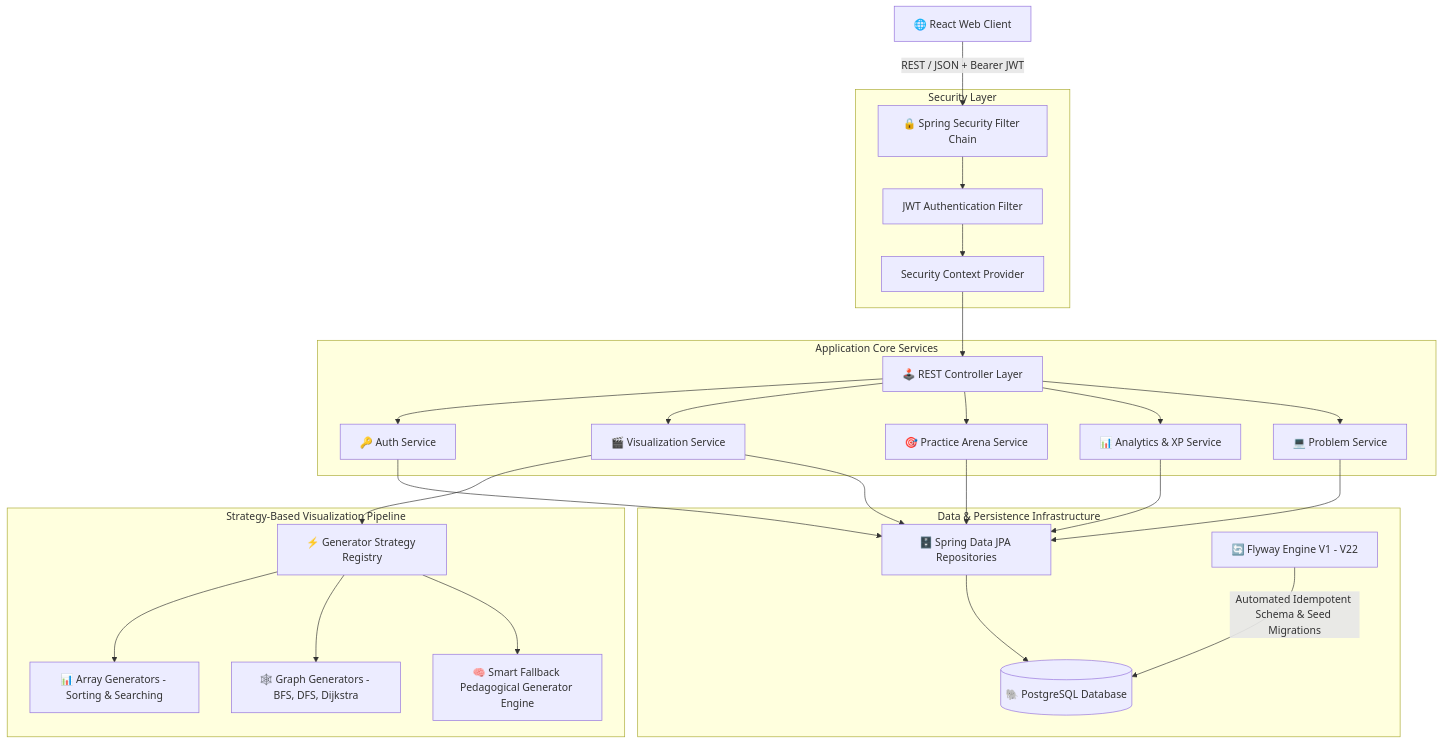
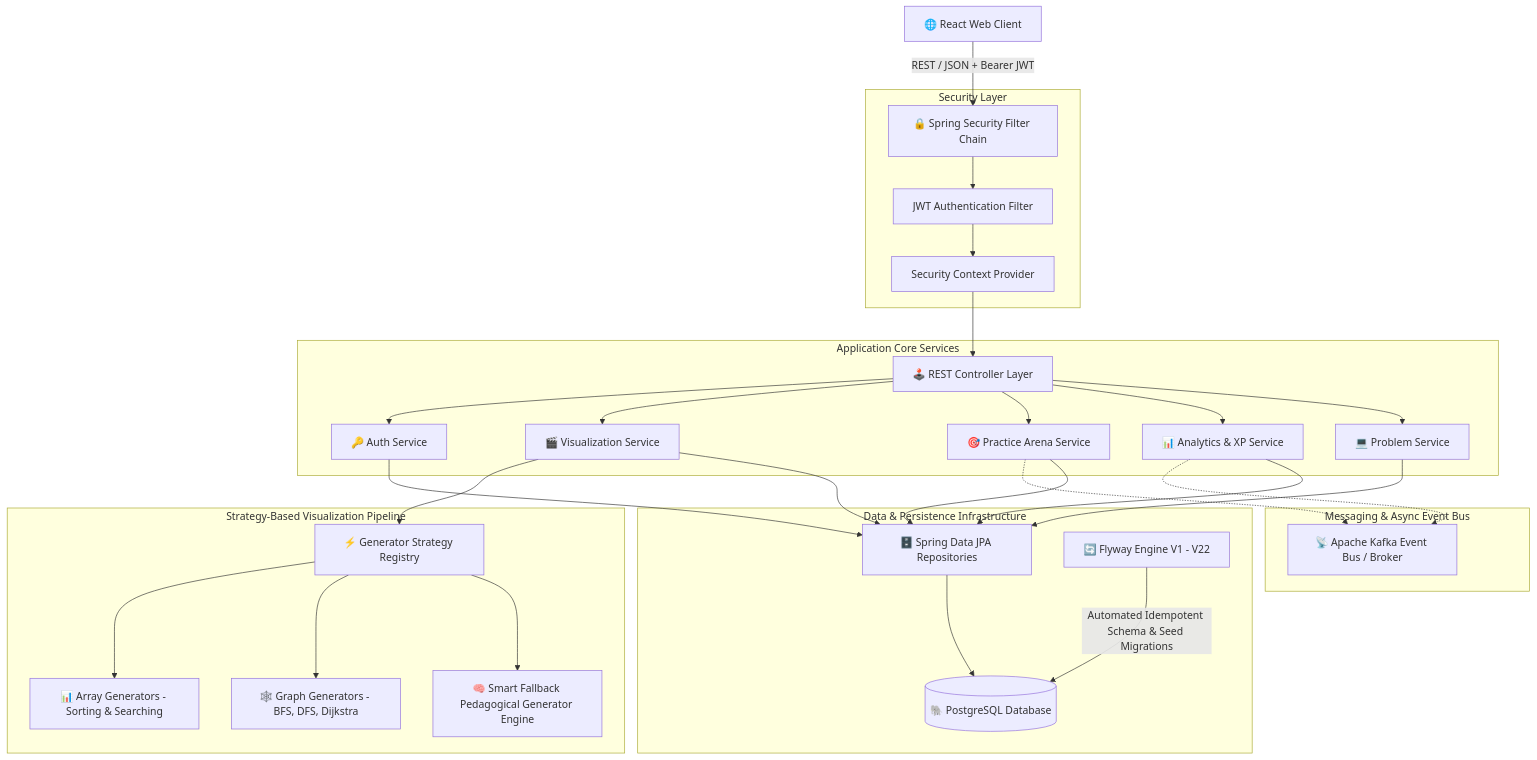
Before and after one commit to Sukhankar/DSA-VISUALIZER-BACKEND: the diagram in README.md, drawn with Mermaid. The commit also changed other lines of this file, not shown here.

Commit message:
docs: add Apache Kafka event streaming to backend README architecture and specs

````diff
--- a/README.md
+++ b/README.md
@@ -29,32 +30,36 @@
 ```mermaid
 graph TD
     Client[🌐 React Web Client] -->|REST / JSON + Bearer JWT| Security[🔒 Spring Security Filter Chain]
     
     subgraph Security Layer
         Security --> JWTFilter[JWT Authentication Filter]
         JWTFilter --> SecurityContext[Security Context Provider]
     end
     
     SecurityContext --> Controllers[🕹️ REST Controller Layer]
     
     subgraph Application Core Services
         Controllers --> AuthSvc[🔑 Auth Service]
         Controllers --> VisSvc[🎬 Visualization Service]
         Controllers --> PracticeSvc[🎯 Practice Arena Service]
         Controllers --> AnalyticsSvc[📊 Analytics & XP Service]
         Controllers --> ProblemSvc[💻 Problem Service]
     end
 
     subgraph Strategy-Based Visualization Pipeline
         VisSvc --> Registry[⚡ Generator Strategy Registry]
         Registry --> ArrayGen[📊 Array Generators - Sorting & Searching]
         Registry --> GraphGen[🕸️ Graph Generators - BFS, DFS, Dijkstra]
         Registry --> SmartFallback[🧠 Smart Fallback Pedagogical Generator Engine]
     end
 
+    subgraph Messaging & Async Event Bus
+        AnalyticsSvc & PracticeSvc -.-> Kafka[📡 Apache Kafka Event Bus / Broker]
+    end
+
     subgraph Data & Persistence Infrastructure
         AuthSvc & VisSvc & PracticeSvc & AnalyticsSvc & ProblemSvc --> JPA[🗄️ Spring Data JPA Repositories]
         JPA --> DB[(🐘 PostgreSQL Database)]
         Flyway[🔄 Flyway Engine V1 - V22] -->|Automated Idempotent Schema & Seed Migrations| DB
     end
 ```
````
